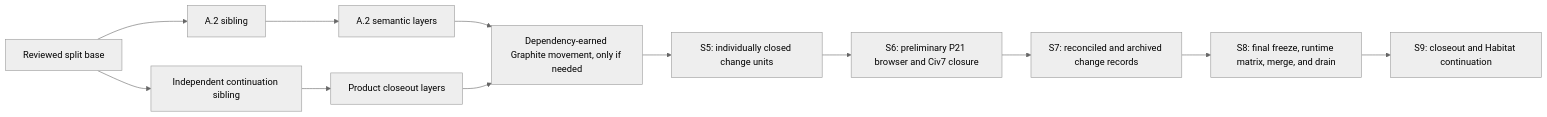
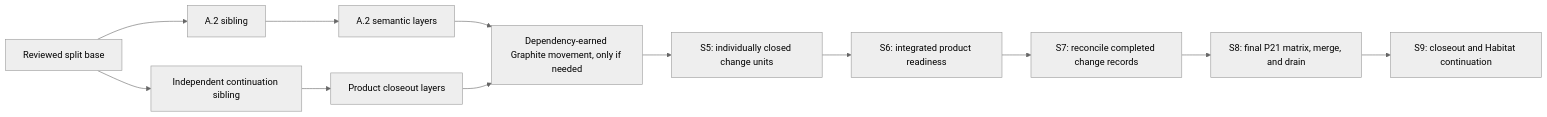
Before and after one commit to mateicanavra/civ7-modding-tools: the diagram in docs/projects/mapgen-studio-runtime-transition/WORKSTREAM.md, drawn with Mermaid (neutral theme). The commit also changed other lines of this file and 16 other files, not shown here.

Commit message:
docs(mapgen-studio): align final runtime matrix

````diff
--- a/docs/projects/mapgen-studio-runtime-transition/WORKSTREAM.md
+++ b/docs/projects/mapgen-studio-runtime-transition/WORKSTREAM.md
@@ -855,14 +857,14 @@
 ```mermaid
 flowchart LR
   A["Reviewed split base"] --> B["A.2 sibling"]
   A --> C["Independent continuation sibling"]
   B --> D["A.2 semantic layers"]
   C --> E["Product closeout layers"]
   D --> F["Dependency-earned Graphite movement, only if needed"]
   E --> F
   F --> G["S5: individually closed change units"]
-  G --> H["S6: preliminary P21 browser and Civ7 closure"]
-  H --> I["S7: reconciled and archived change records"]
-  I --> J["S8: final freeze, runtime matrix, merge, and drain"]
+  G --> H["S6: integrated product readiness"]
+  H --> I["S7: reconcile completed change records"]
+  I --> J["S8: final P21 matrix, merge, and drain"]
   J --> K["S9: closeout and Habitat continuation"]
 ```
````
